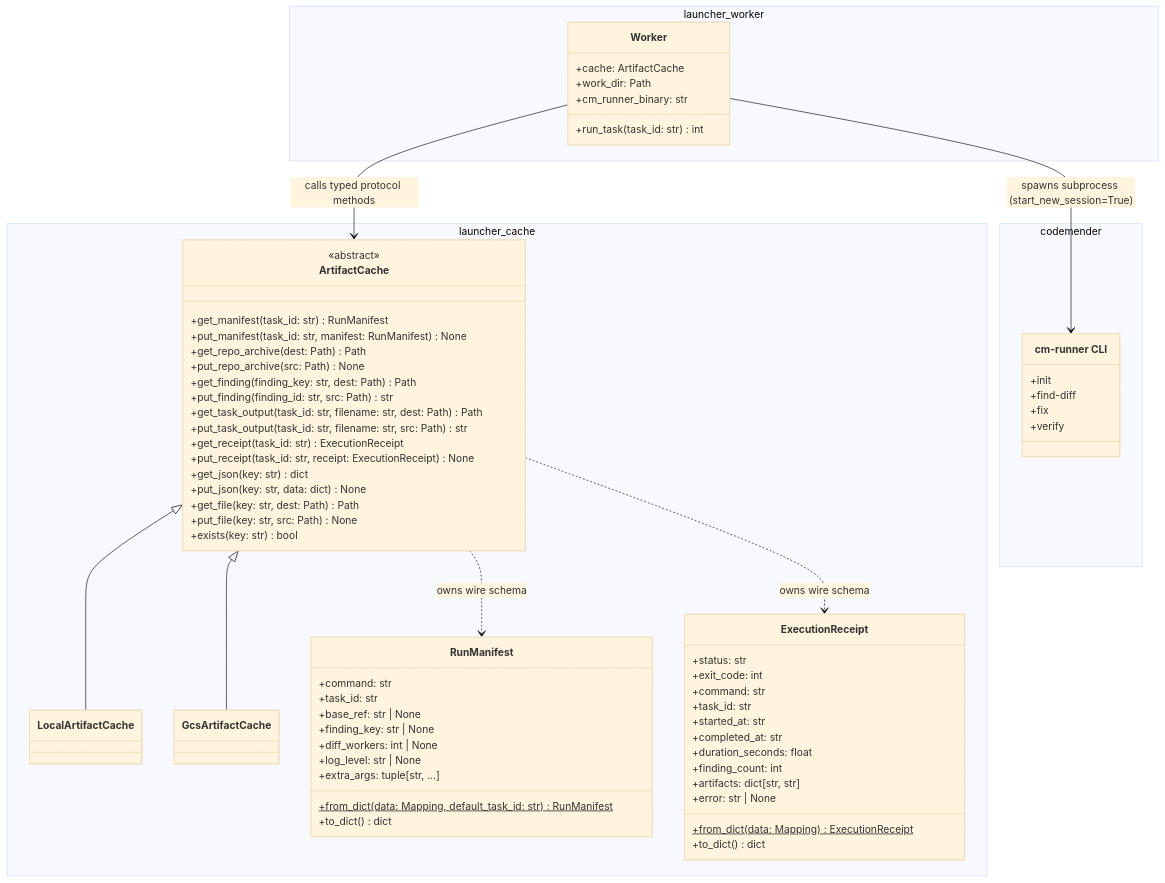
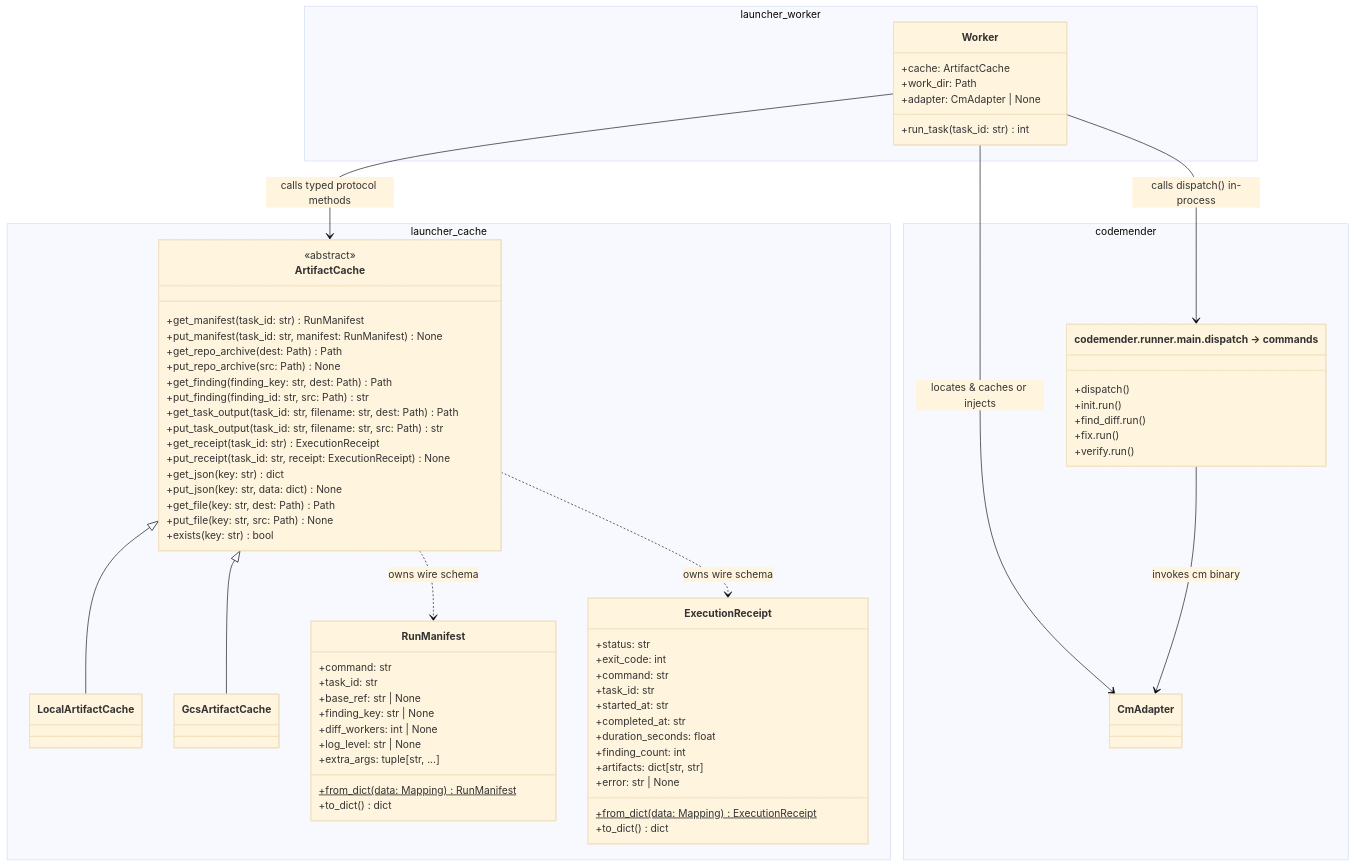
One commit to avnit/codemender-runner-mcp changed the first of 2 diagrams in docs/openspec/specs/worker/design.md. Above: the diagram before and after it, drawn with Mermaid (base theme). The commit also changed other lines of this file and 16 other files, not shown here.

````diff
--- a/docs/openspec/specs/worker/design.md
+++ b/docs/openspec/specs/worker/design.md
@@ -254,7 +262,7 @@
             +diff_workers: int | None
             +log_level: str | None
             +extra_args: tuple[str, ...]
-            +from_dict(data: Mapping, default_task_id: str)$ RunManifest
+            +from_dict(data: Mapping)$ RunManifest
             +to_dict() dict
         }
 
@@ -278,18 +286,20 @@
         class Worker {
             +cache: ArtifactCache
             +work_dir: Path
-            +cm_runner_binary: str
+            +adapter: CmAdapter | None
             +run_task(task_id: str) int
         }
     }
 
     namespace codemender {
-        class cm_runner["cm-runner CLI"] {
-            +init
-            +find-diff
-            +fix
-            +verify
+        class runner_commands["codemender.runner.__main__.dispatch -> commands"] {
+            +dispatch()
+            +init.run()
+            +find_diff.run()
+            +fix.run()
+            +verify.run()
         }
+        class CmAdapter
     }
 
     ArtifactCache <|-- LocalArtifactCache
@@ -297,5 +307,7 @@
     ArtifactCache ..> RunManifest : owns wire schema
     ArtifactCache ..> ExecutionReceipt : owns wire schema
     Worker --> ArtifactCache : calls typed protocol methods
-    Worker --> cm_runner : spawns subprocess (start_new_session=True)
+    Worker --> runner_commands : calls dispatch() in-process
+    Worker --> CmAdapter : locates & caches or injects
+    runner_commands --> CmAdapter : invokes cm binary
 ```
````
